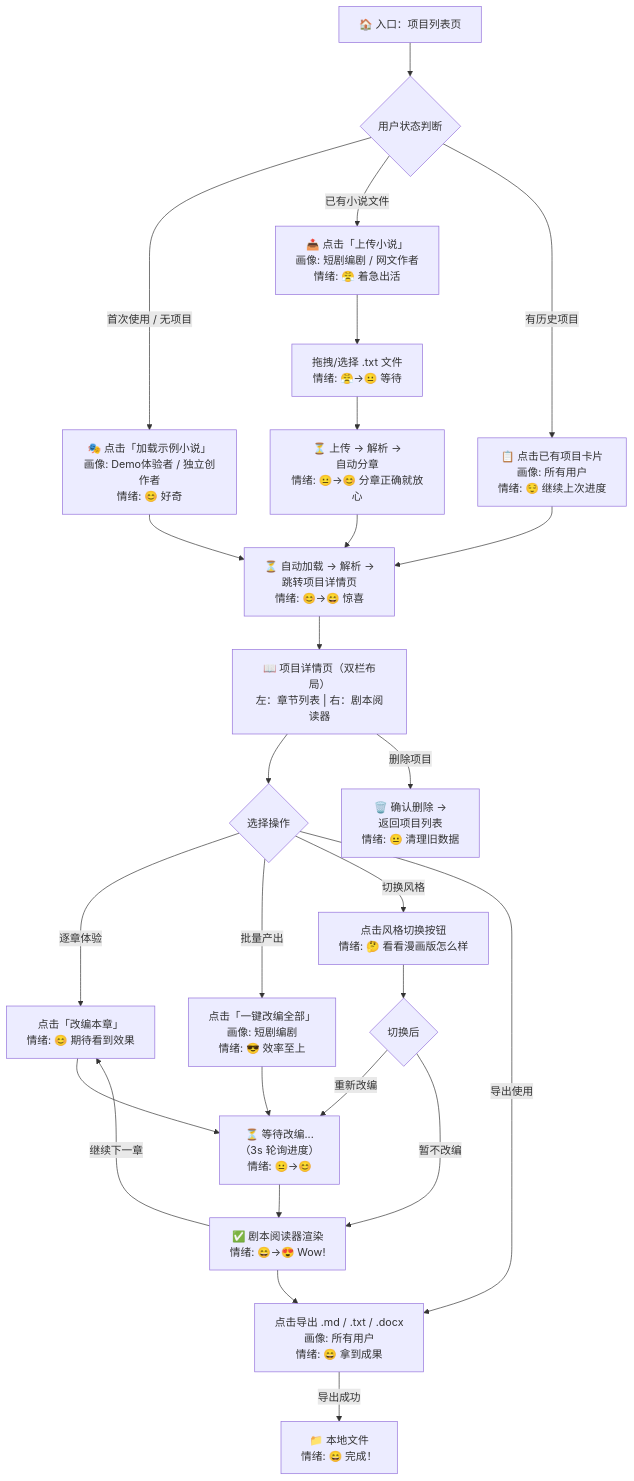
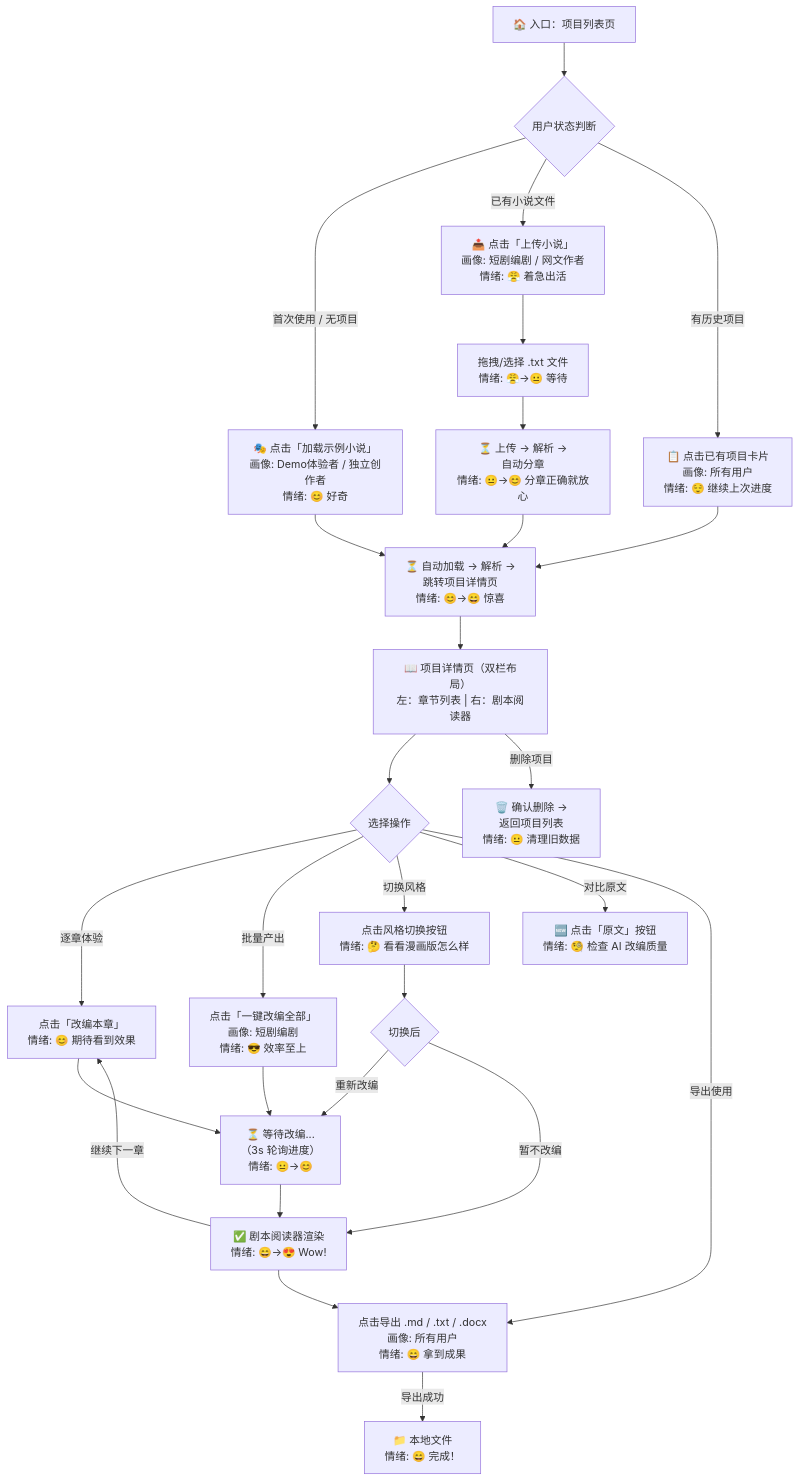
The first of 2 diagrams in docs/information-architecture.md (speziolukow-lab/AI-novel-to-script-tool), drawn with Mermaid before and after one commit. The commit also changed other lines of this file and 3 other files, not shown here.

````diff
--- a/docs/information-architecture.md
+++ b/docs/information-architecture.md
@@ -15,36 +15,37 @@
 ```mermaid
 flowchart TD
     A[🏠 入口：项目列表页] --> B{用户状态判断}
 
     B -->|首次使用 / 无项目| C["🎭 点击「加载示例小说」<br/>画像: Demo体验者 / 独立创作者<br/>情绪: 😊 好奇"]
     B -->|已有小说文件| D["📤 点击「上传小说」<br/>画像: 短剧编剧 / 网文作者<br/>情绪: 😤 着急出活"]
     B -->|有历史项目| E["📋 点击已有项目卡片<br/>画像: 所有用户<br/>情绪: 😌 继续上次进度"]
 
     C --> F["⏳ 自动加载 → 解析 → <br/>跳转项目详情页<br/>情绪: 😊→😄 惊喜"]
     D --> G["拖拽/选择 .txt 文件<br/>情绪: 😤→😐 等待"]
     G --> H["⏳ 上传 → 解析 →<br/>自动分章<br/>情绪: 😐→😊 分章正确就放心"]
     H --> F
     E --> F
 
     F --> I["📖 项目详情页（双栏布局）<br/>左：章节列表 | 右：剧本阅读器"]
 
     I --> J{选择操作}
 
     J -->|逐章体验| K["点击「改编本章」<br/>情绪: 😊 期待看到效果"]
     J -->|批量产出| L["点击「一键改编全部」<br/>画像: 短剧编剧<br/>情绪: 😎 效率至上"]
     J -->|切换风格| M["点击风格切换按钮<br/>情绪: 🤔 看看漫画版怎么样"]
+    J -->|对比原文| M2["🆕 点击「原文」按钮<br/>情绪: 🧐 检查 AI 改编质量"]
     J -->|导出使用| N["点击导出 .md / .txt / .docx<br/>画像: 所有用户<br/>情绪: 😄 拿到成果"]
 
     K --> O["⏳ 等待改编...<br/>（3s 轮询进度）<br/>情绪: 😐→😊"]
     L --> O
     O --> P["✅ 剧本阅读器渲染<br/>情绪: 😄→😍 Wow!"]
     M --> Q{切换后}
     Q -->|重新改编| O
     Q -->|暂不改编| P
 
     P -->|继续下一章| K
     P --> N
     N -->|"导出成功"| R["📁 本地文件<br/>情绪: 😄 完成！"]
 
     I -->|删除项目| S["🗑️ 确认删除 → <br/>返回项目列表<br/>情绪: 😐 清理旧数据"]
 ```
````
